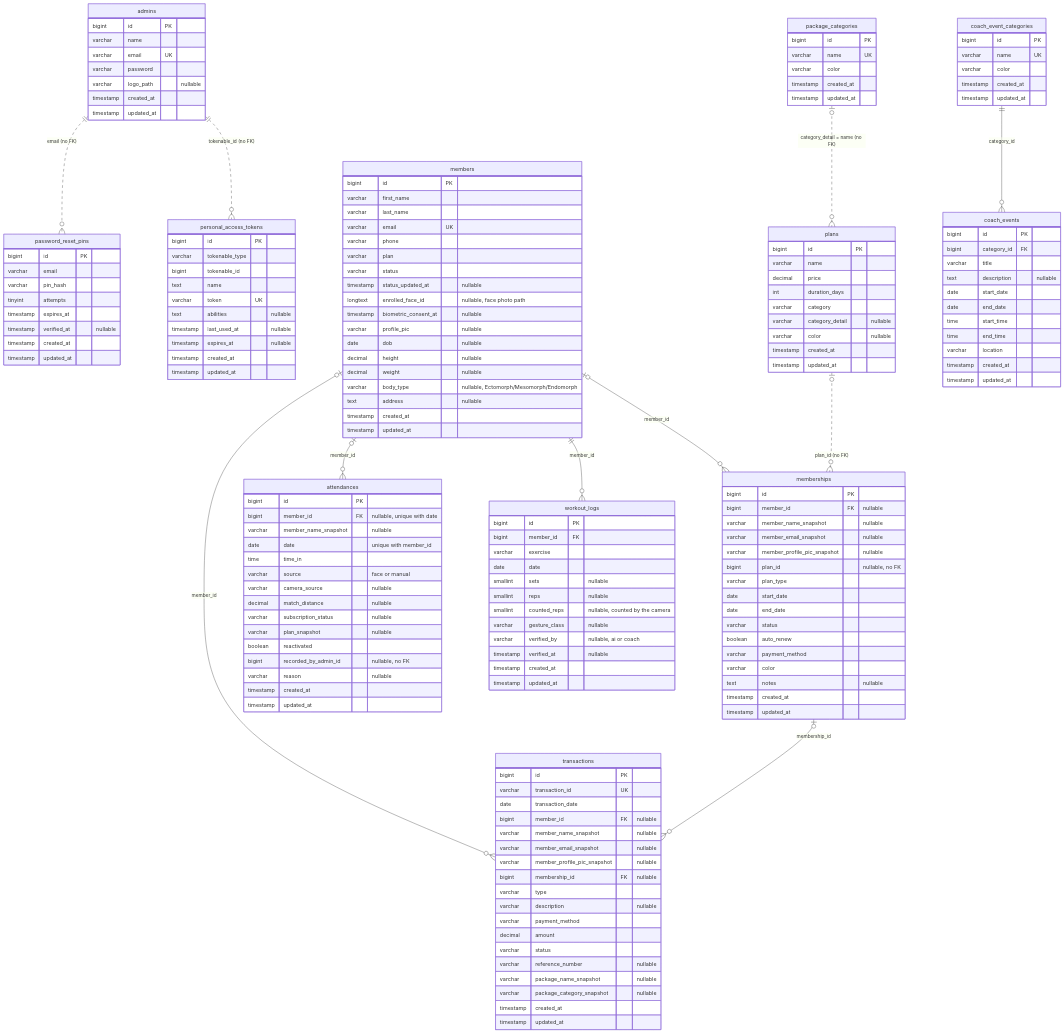
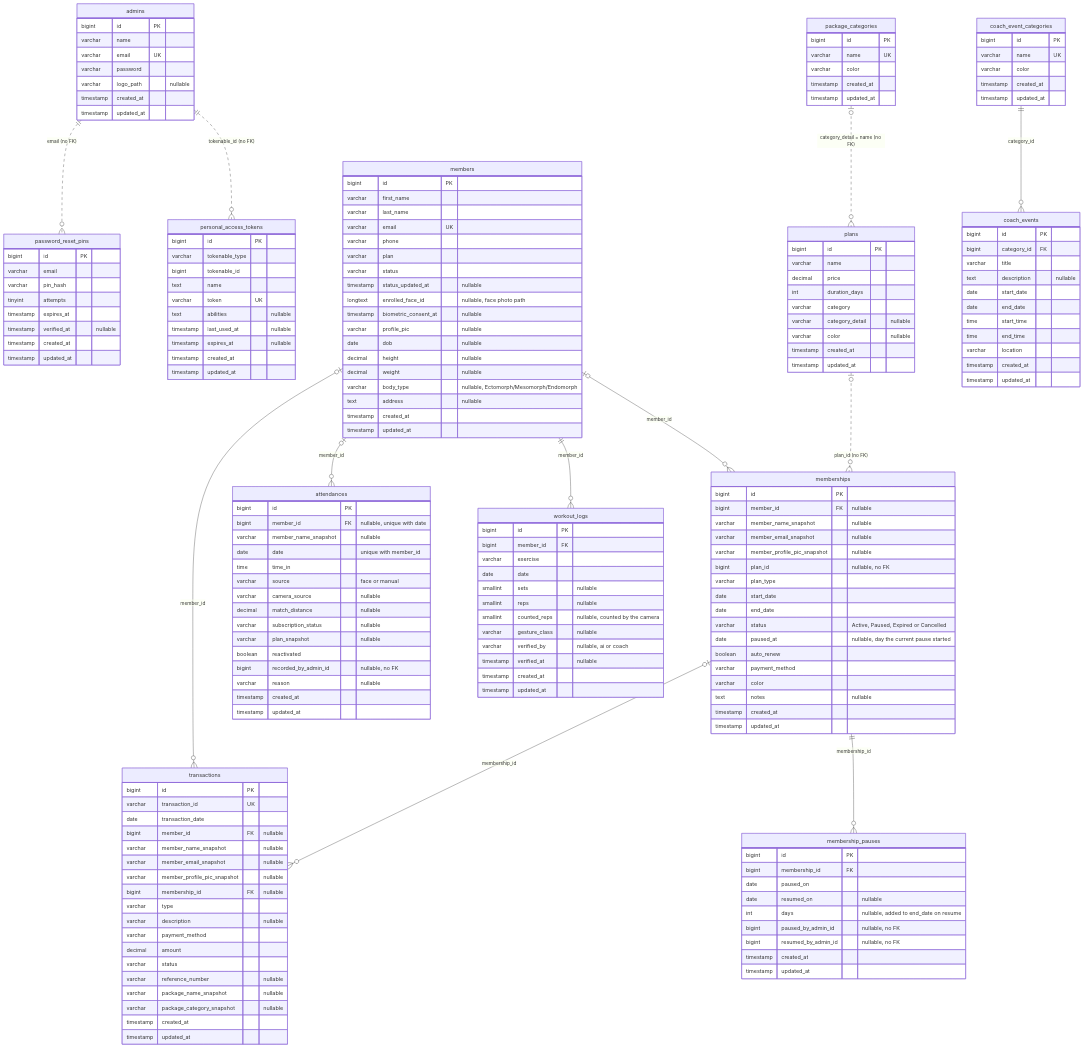
Before and after one commit to Plonteras191/GYM2-CAPSTONE: the diagram in Correct_Diagrams/6_Physical_ERD.md, drawn with Mermaid. The commit also changed other lines of this file and 26 other files, not shown here.

First line of the commit message:
docs: align all documents with pause/resume, the Attendance page and no Annual

```diff
--- a/Correct_Diagrams/6_Physical_ERD.md
+++ b/Correct_Diagrams/6_Physical_ERD.md
@@ -85,11 +87,23 @@
         varchar plan_type
         date start_date
         date end_date
-        varchar status
+        varchar status "Active, Paused, Expired or Cancelled"
+        date paused_at "nullable, day the current pause started"
         boolean auto_renew
         varchar payment_method
         varchar color
         text notes "nullable"
+        timestamp created_at
+        timestamp updated_at
+    }
+    membership_pauses {
+        bigint id PK
+        bigint membership_id FK
+        date paused_on
+        date resumed_on "nullable"
+        int days "nullable, added to end_date on resume"
+        bigint paused_by_admin_id "nullable, no FK"
+        bigint resumed_by_admin_id "nullable, no FK"
         timestamp created_at
         timestamp updated_at
     }
@@ -172,6 +186,7 @@
     package_categories |o..o{ plans : "category_detail = name (no FK)"
     members |o--o{ transactions : "member_id"
     memberships |o--o{ transactions : "membership_id"
+    memberships ||--o{ membership_pauses : "membership_id"
     members |o--o{ attendances : "member_id"
     members ||--o{ workout_logs : "member_id"
     coach_event_categories ||--o{ coach_events : "category_id"
```
